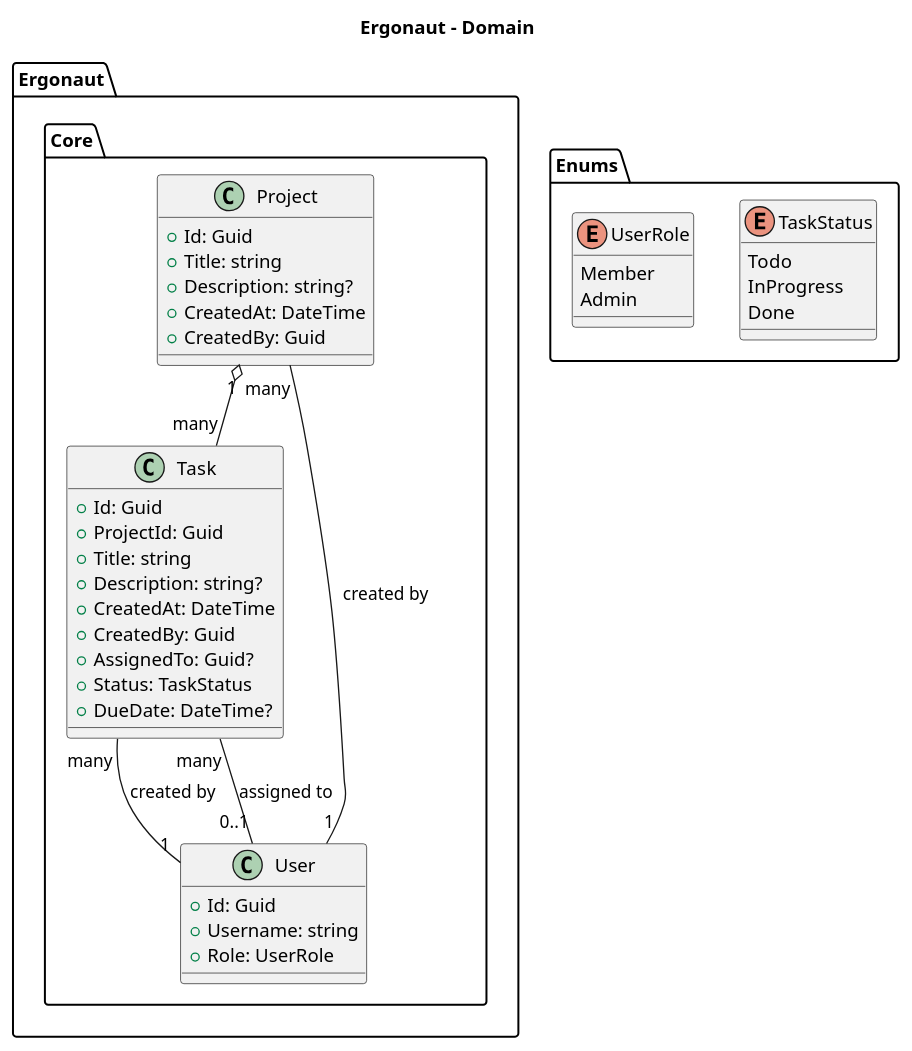
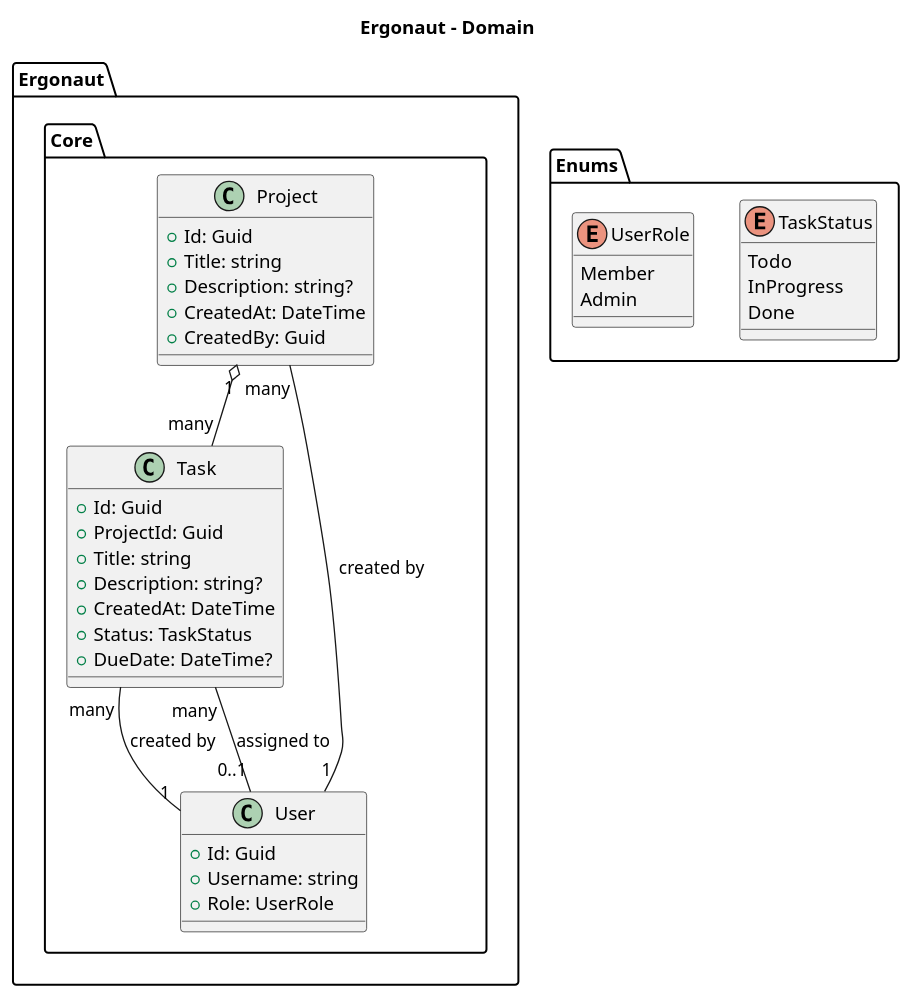
One commit to LukasLeindals/ergonaut changed the diagram in docs/uml/domain.puml. Above: the diagram before and after it, drawn with PlantUML. The commit also changed 5 other files, not shown here.

```diff
--- a/docs/uml/domain.puml
+++ b/docs/uml/domain.puml
@@ -1,56 +1,54 @@
 @startuml domain
 title Ergonaut - Domain
 
 package "Ergonaut.Core" {
 
   class Project {
     +Id: Guid
     +Title: string
     +Description: string?
     +CreatedAt: DateTime
     +CreatedBy: Guid
   }
   Project "1" o-- "many" Task
   Project "many" -- "1" User : created by
 
   class Task {
     +Id: Guid
     +ProjectId: Guid
     +Title: string
     +Description: string?
     +CreatedAt: DateTime
-    +CreatedBy: Guid
-    +AssignedTo: Guid?
     +Status: TaskStatus
     +DueDate: DateTime?
   }
   Task "many" -- "1" User : created by
   Task "many" -- "0..1" User : assigned to
 
 
 
   class User {
     +Id: Guid
     +Username: string
     +Role: UserRole
   }
 }
 
 package "Enums" {
 enum TaskStatus {
   Todo
   InProgress
   Done
 }
 
 enum UserRole {
-   Member
+  Member
   Admin
 }
 }
 
 
 
 
 
 @enduml
```
